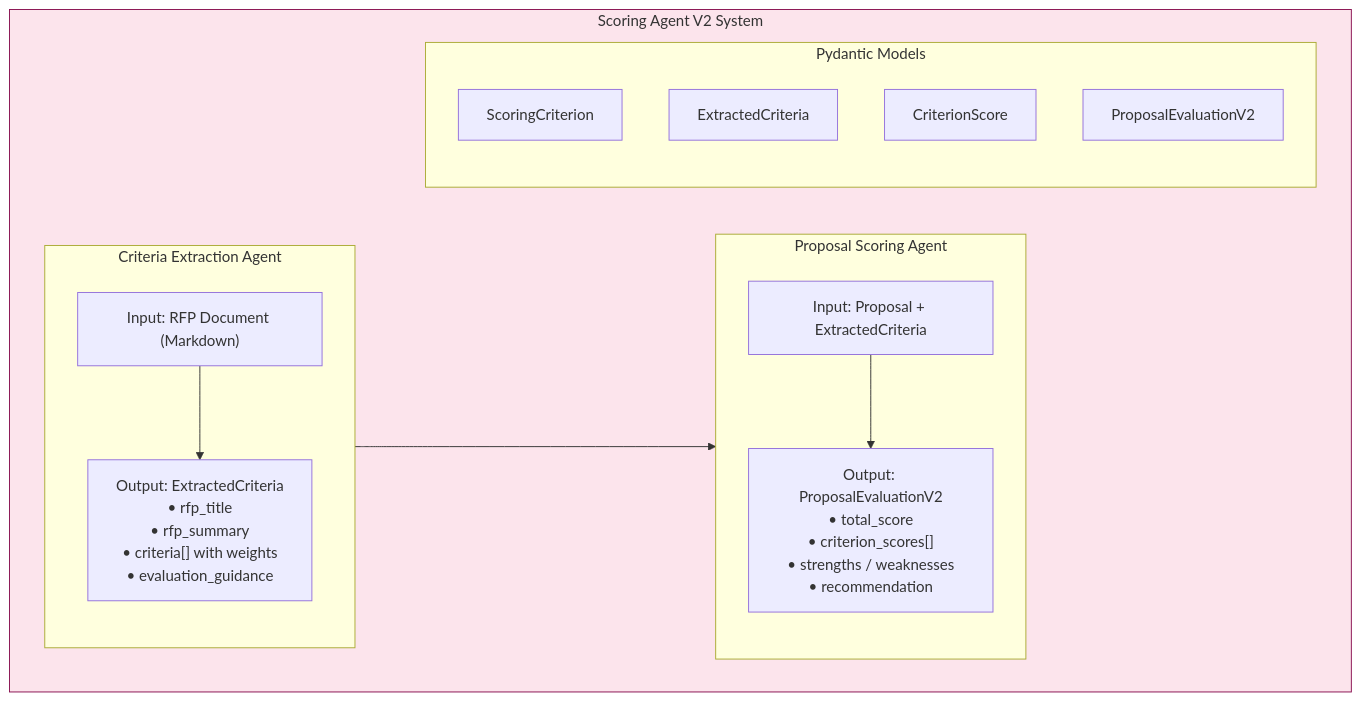
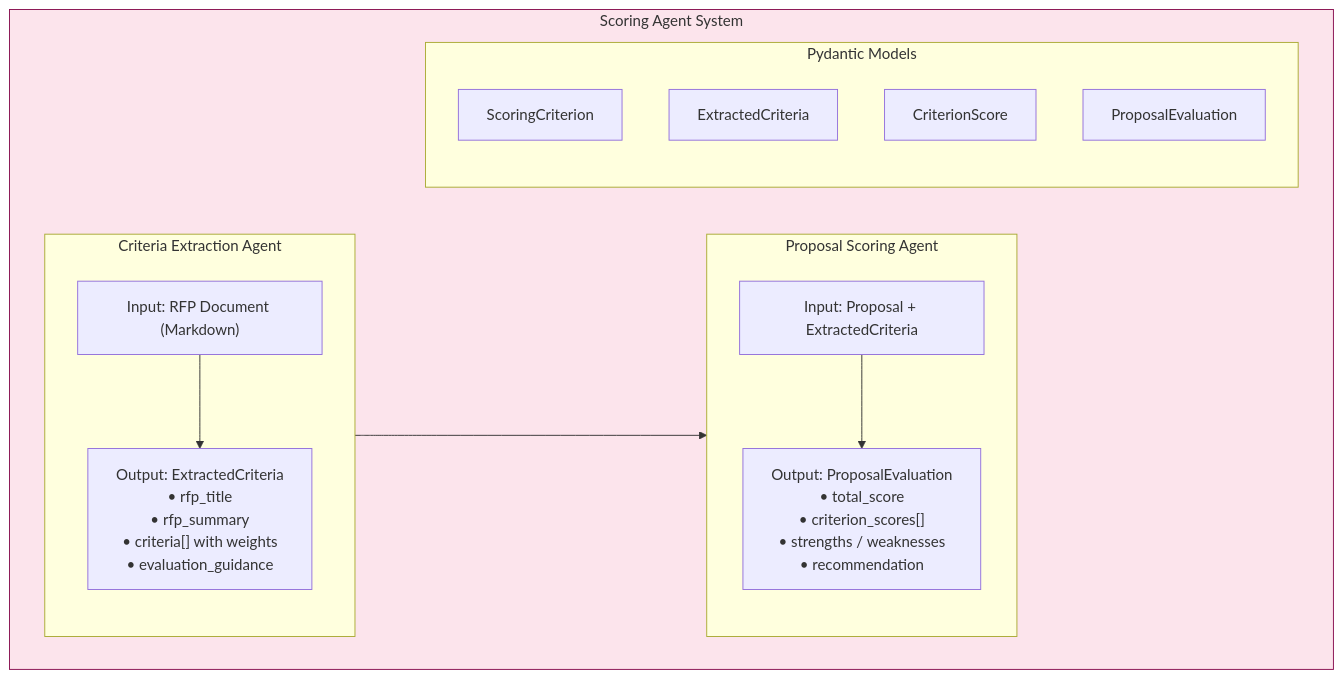
The fourth of 22 diagrams in docs/ARCHITECTURE.md (amgdy/rfp-analyzer), drawn with Mermaid before and after one commit. The commit also changed other lines of this file and 4 other files, not shown here.

First line of the commit message:
docs: update documentation to reflect scoring agent refactoring

````diff
--- a/docs/ARCHITECTURE.md
+++ b/docs/ARCHITECTURE.md
@@ -146,27 +147,27 @@
 ```mermaid
 flowchart TB
-    subgraph ScoringSystem["Scoring Agent V2 System"]
+    subgraph ScoringSystem["Scoring Agent System"]
         subgraph Agent1["Criteria Extraction Agent"]
             I1["Input: RFP Document (Markdown)"]
             O1["Output: ExtractedCriteria<br>• rfp_title<br>• rfp_summary<br>• criteria[] with weights<br>• evaluation_guidance"]
             I1 --> O1
         end
         
         subgraph Agent2["Proposal Scoring Agent"]
             I2["Input: Proposal + ExtractedCriteria"]
-            O2["Output: ProposalEvaluationV2<br>• total_score<br>• criterion_scores[]<br>• strengths / weaknesses<br>• recommendation"]
+            O2["Output: ProposalEvaluation<br>• total_score<br>• criterion_scores[]<br>• strengths / weaknesses<br>• recommendation"]
             I2 --> O2
         end
         
         Agent1 --> Agent2
         
         subgraph Models["Pydantic Models"]
             M1["ScoringCriterion"]
             M2["ExtractedCriteria"]
             M3["CriterionScore"]
-            M4["ProposalEvaluationV2"]
+            M4["ProposalEvaluation"]
         end
     end
     
     style ScoringSystem fill:#fce4ec,stroke:#880e4f
 ```
````
